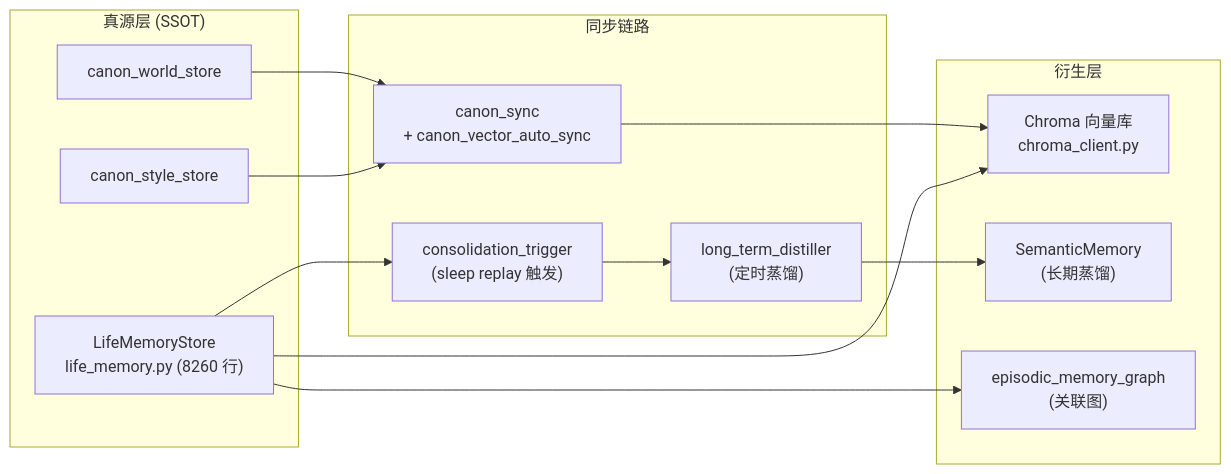
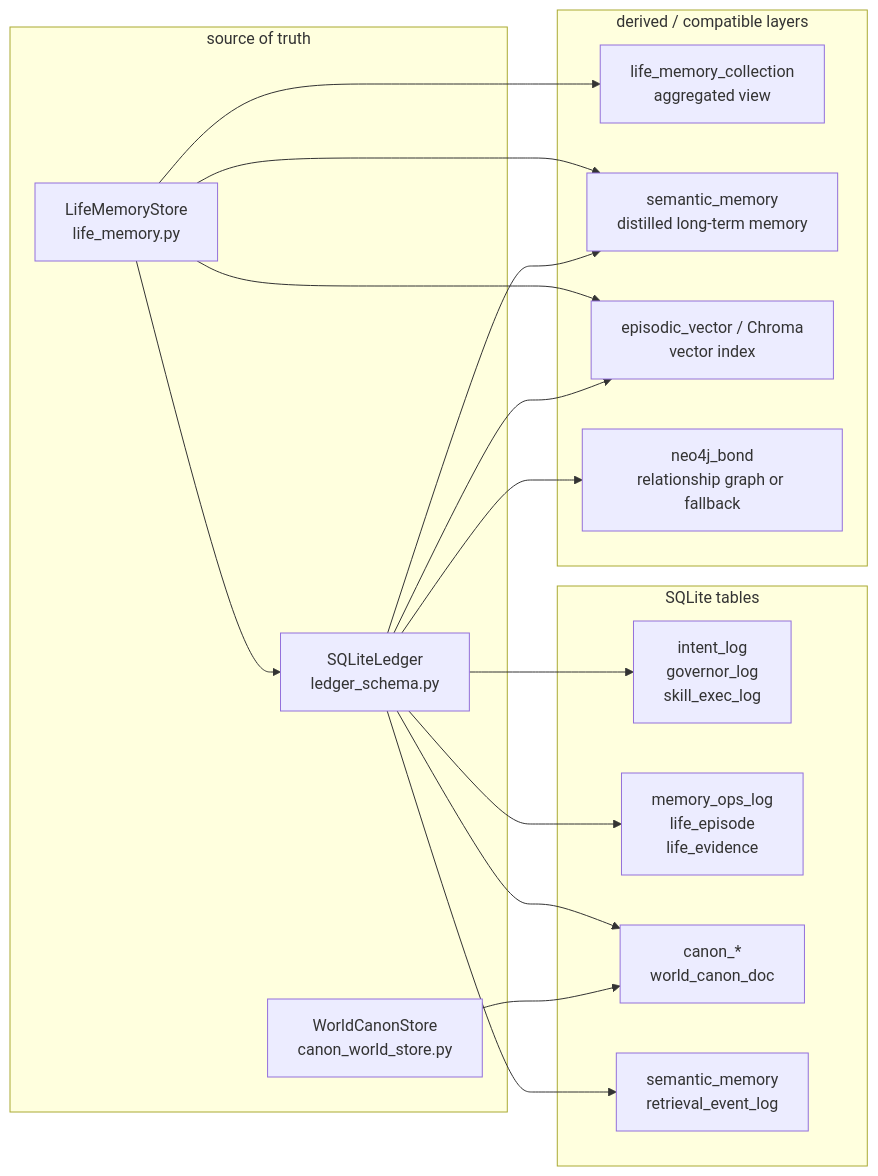
Before and after one commit to SakuraYoruno/Natsume_Ai: the second of 4 diagrams in docs/50_project/arch/diagrams/03_dataflow_recall.md, drawn with Mermaid. The commit also changed other lines of this file and 20 other files, not shown here.

Commit message:
docs: align project architecture docs with current runtime

````diff
--- a/docs/50_project/arch/diagrams/03_dataflow_recall.md
+++ b/docs/50_project/arch/diagrams/03_dataflow_recall.md
@@ -64,26 +66,35 @@
 ```mermaid
 flowchart LR
-    subgraph SSOT["真源层 (SSOT)"]
-        LM["LifeMemoryStore<br/>life_memory.py (8260 行)"]
-        CWS["canon_world_store"]
-        CSS["canon_style_store"]
+    subgraph Truth["source of truth"]
+        LEDGER["SQLiteLedger<br/>ledger_schema.py"]
+        LM["LifeMemoryStore<br/>life_memory.py"]
+        WC["WorldCanonStore<br/>canon_world_store.py"]
     end
 
-    subgraph Derived["衍生层"]
-        VEC["Chroma 向量库<br/>chroma_client.py"]
-        SEM["SemanticMemory<br/>(长期蒸馏)"]
-        EPS["episodic_memory_graph<br/>(关联图)"]
+    subgraph LedgerTables["SQLite tables"]
+        TL1["intent_log<br/>governor_log<br/>skill_exec_log"]
+        TL2["memory_ops_log<br/>life_episode<br/>life_evidence"]
+        TL3["canon_*<br/>world_canon_doc"]
+        TL4["semantic_memory<br/>retrieval_event_log"]
     end
 
-    subgraph Sync["同步链路"]
-        CSY["canon_sync<br/>+ canon_vector_auto_sync"]
-        DST["long_term_distiller<br/>(定时蒸馏)"]
-        CON["consolidation_trigger<br/>(sleep replay 触发)"]
+    subgraph Derived["derived / compatible layers"]
+        LMC["life_memory_collection<br/>aggregated view"]
+        SEM["semantic_memory<br/>distilled long-term memory"]
+        VEC["episodic_vector / Chroma<br/>vector index"]
+        BOND["neo4j_bond<br/>relationship graph or fallback"]
     end
 
-    LM --> CON --> DST --> SEM
-    CWS --> CSY --> VEC
-    CSS --> CSY
-    LM --> EPS
+    LEDGER --> TL1
+    LEDGER --> TL2
+    LEDGER --> TL3
+    LEDGER --> TL4
+    LM --> LEDGER
+    LM --> LMC
+    LM --> SEM
     LM --> VEC
+    LEDGER --> SEM
+    LEDGER --> VEC
+    LEDGER --> BOND
+    WC --> TL3
 ```
````
